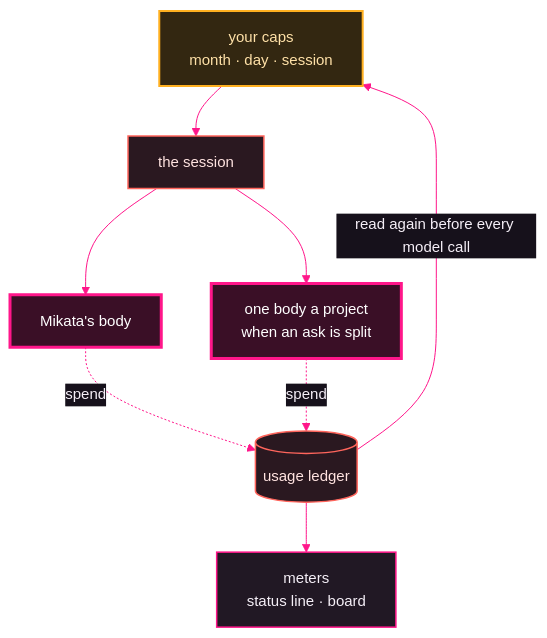
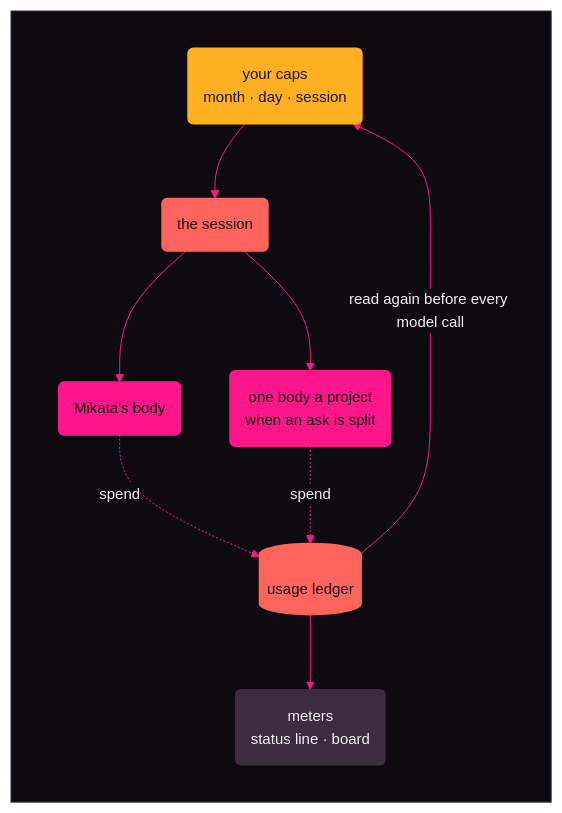
Before and after one commit to Kaginari/mikata: the diagram in docs/05-consumption.md, drawn with Mermaid. The commit also changed other lines of this file and 55 other files, not shown here.

````diff
--- a/docs/05-consumption.md
+++ b/docs/05-consumption.md
@@ -15,70 +5,74 @@
 ```mermaid
 ---
 config:
   theme: base
   themeVariables:
     darkMode: true
     background: "#0d0b10"
     fontFamily: "Inter, Segoe UI, system-ui, -apple-system, Helvetica, Arial, sans-serif"
     fontSize: "15px"
-    primaryColor: "#211824"
+    primaryColor: "#3d2b40"
     primaryTextColor: "#f5eff7"
-    primaryBorderColor: "#ff168a"
-    secondaryColor: "#2c2030"
+    primaryBorderColor: "#3d2b40"
+    secondaryColor: "#59405d"
     secondaryTextColor: "#f5eff7"
-    secondaryBorderColor: "#ff655c"
+    secondaryBorderColor: "#59405d"
     tertiaryColor: "#16111b"
     tertiaryTextColor: "#f5eff7"
-    tertiaryBorderColor: "#59405d"
+    tertiaryBorderColor: "#3d2b40"
     lineColor: "#ff168a"
     textColor: "#f5eff7"
     titleColor: "#f5eff7"
-    edgeLabelBackground: "#16111b"
+    edgeLabelBackground: "#0d0b10"
     clusterBkg: "#16111b"
-    clusterBorder: "#59405d"
-    noteBkgColor: "#332711"
-    noteTextColor: "#ffe1a8"
+    clusterBorder: "#3d2b40"
+    noteBkgColor: "#ffb020"
+    noteTextColor: "#1a1205"
     noteBorderColor: "#ffb020"
-    actorBkg: "#211824"
-    actorBorder: "#ff168a"
+    actorBkg: "#3d2b40"
+    actorBorder: "#3d2b40"
     actorTextColor: "#f5eff7"
     actorLineColor: "#59405d"
     signalColor: "#ff655c"
     signalTextColor: "#f5eff7"
-    labelBoxBkgColor: "#211824"
-    labelBoxBorderColor: "#ff168a"
+    labelBoxBkgColor: "#3d2b40"
+    labelBoxBorderColor: "#3d2b40"
     labelTextColor: "#f5eff7"
     loopTextColor: "#f5eff7"
-    activationBkgColor: "#3a0f26"
+    activationBkgColor: "#ff168a"
     activationBorderColor: "#ff168a"
     sequenceNumberColor: "#0d0b10"
     transitionColor: "#ff168a"
     transitionLabelColor: "#f5eff7"
     stateLabelColor: "#f5eff7"
-    stateBkg: "#211824"
-    labelBackgroundColor: "#16111b"
+    stateBkg: "#3d2b40"
+    labelBackgroundColor: "#0d0b10"
     compositeBackground: "#16111b"
-    compositeTitleBackground: "#211824"
+    compositeTitleBackground: "#3d2b40"
     altBackground: "#16111b"
     specialStateColor: "#b6f542"
     innerEndBackground: "#b6f542"
   flowchart:
     wrappingWidth: 360
 ---
 flowchart TD
-    CAP["your caps<br/>month · day · session"] --> SES["the session"]
-    SES --> B["Mikata's body"]
-    SES --> P["one body a project<br/>when an ask is split"]
-    B -. "spend" .-> L[("usage ledger")]
-    P -. "spend" .-> L
-    L -->|"read again before every model call"| CAP
-    L --> M["meters<br/>status line · board"]
-    classDef you fill:#332711,stroke:#ffb020,stroke-width:2px,color:#ffe1a8
+    subgraph MIKATA_BG[" "]
+      direction TB
+      CAP("your caps<br/>month · day · session") --> SES("the session")
+      SES --> B("Mikata's body")
+      SES --> P("one body a project<br/>when an ask is split")
+      B -. "spend" .-> L[("usage ledger")]
+      P -. "spend" .-> L
+      L -->|"read again before every model call"| CAP
+      L --> M("meters<br/>status line · board")
+    end
+    classDef you fill:#ffb020,stroke:#ffb020,stroke-width:2px,color:#1a1205
     class CAP you
-    classDef store fill:#2a1820,stroke:#ff655c,stroke-width:1.5px,color:#ffe3e0
+    classDef store fill:#ff655c,stroke:#ff655c,stroke-width:1.5px,color:#1a0a0a
     class SES,L store
-    classDef mikata fill:#3a0f26,stroke:#ff168a,stroke-width:3px,color:#ffffff
+    classDef mikata fill:#ff168a,stroke:#ff168a,stroke-width:2px,color:#0d0b10
     class B,P mikata
-    classDef step fill:#211824,stroke:#ff168a,stroke-width:1.5px,color:#f5eff7
+    classDef step fill:#3d2b40,stroke:#3d2b40,stroke-width:1.5px,color:#f5eff7
     class M step
+    style MIKATA_BG fill:#0d0b10,stroke:#3d2b40,color:#0d0b10
 ```
````
